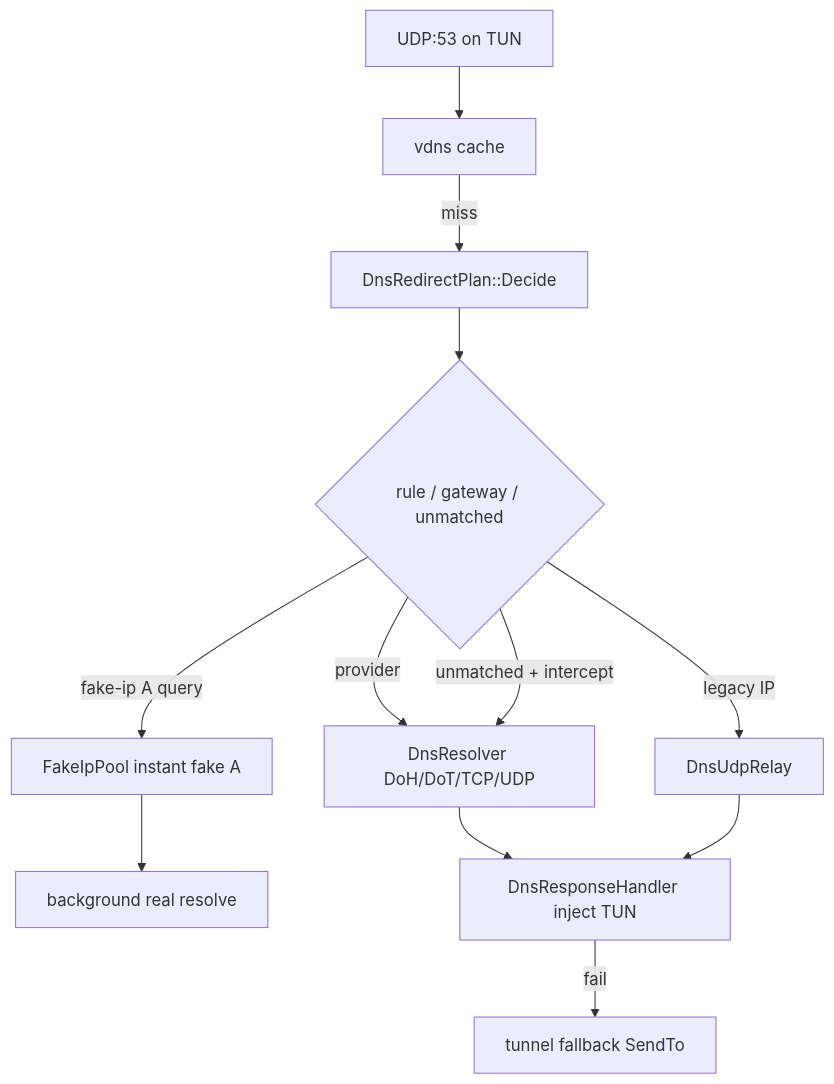
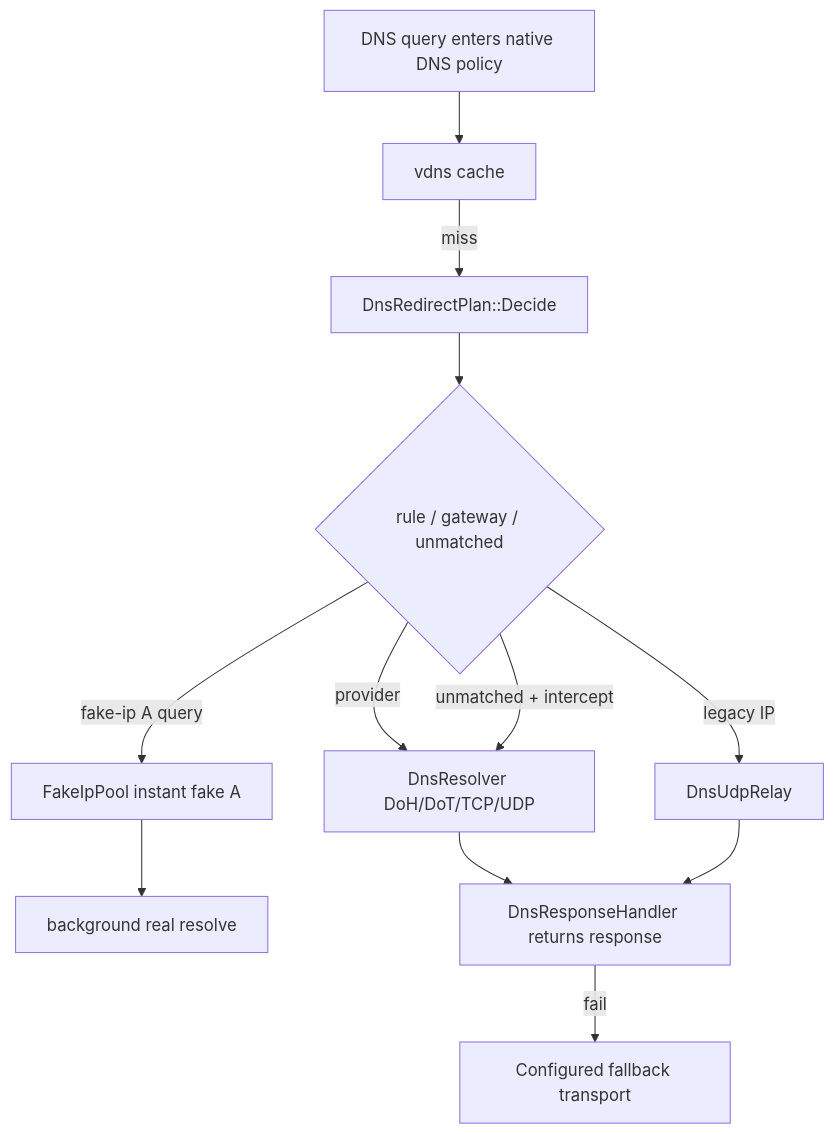
The fourth of 6 diagrams in docs/guides/ROUTING_AND_DNS.md (rebecca554owen/openppp2), drawn with Mermaid before and after one commit. The commit also changed other lines of this file and 34 other files, not shown here.

````diff
--- a/docs/guides/ROUTING_AND_DNS.md
+++ b/docs/guides/ROUTING_AND_DNS.md
@@ -184,14 +244,14 @@
 ```mermaid
 flowchart TD
-    A[UDP:53 on TUN] --> B[vdns cache]
+    A[DNS query enters native DNS policy] --> B[vdns cache]
     B -->|miss| C[DnsRedirectPlan::Decide]
     C --> D{rule / gateway / unmatched}
     D -->|provider| E[DnsResolver DoH/DoT/TCP/UDP]
     D -->|legacy IP| F[DnsUdpRelay]
     D -->|unmatched + intercept| E
     D -->|fake-ip A query| G[FakeIpPool instant fake A]
     G --> H[background real resolve]
-    E --> I[DnsResponseHandler inject TUN]
+    E --> I[DnsResponseHandler returns response]
     F --> I
-    I -->|fail| J[tunnel fallback SendTo]
+    I -->|fail| J[Configured fallback transport]
 ```
````
